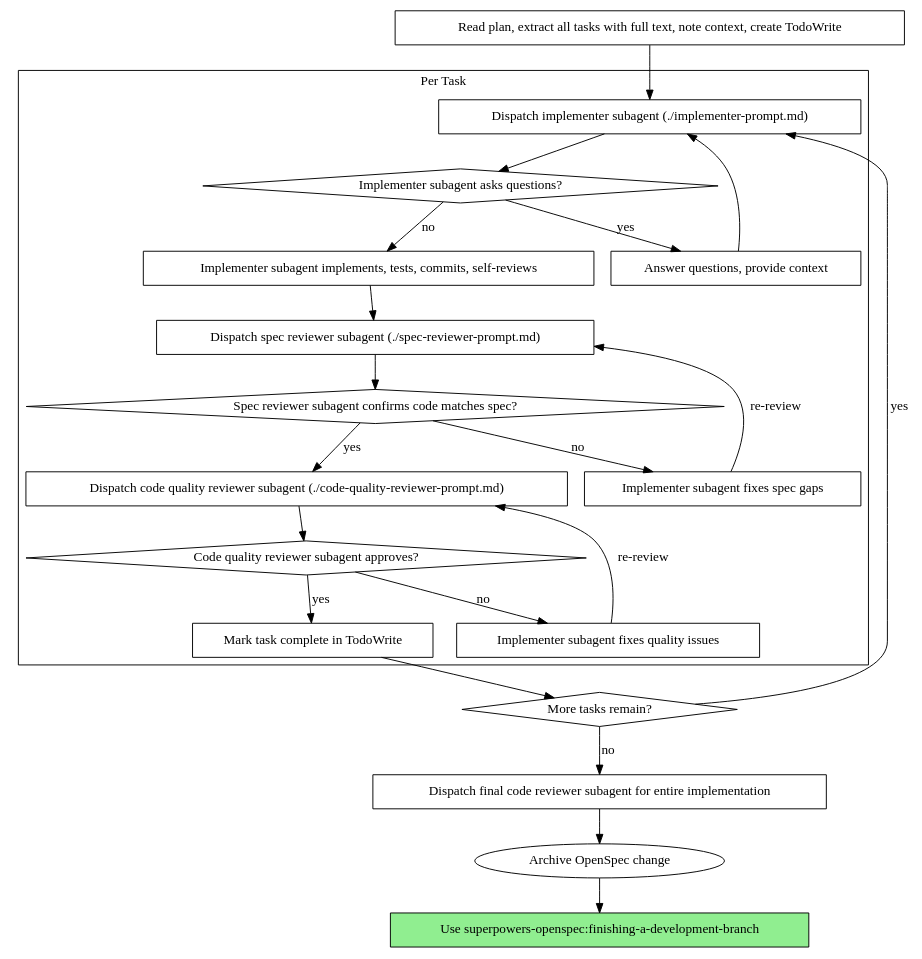
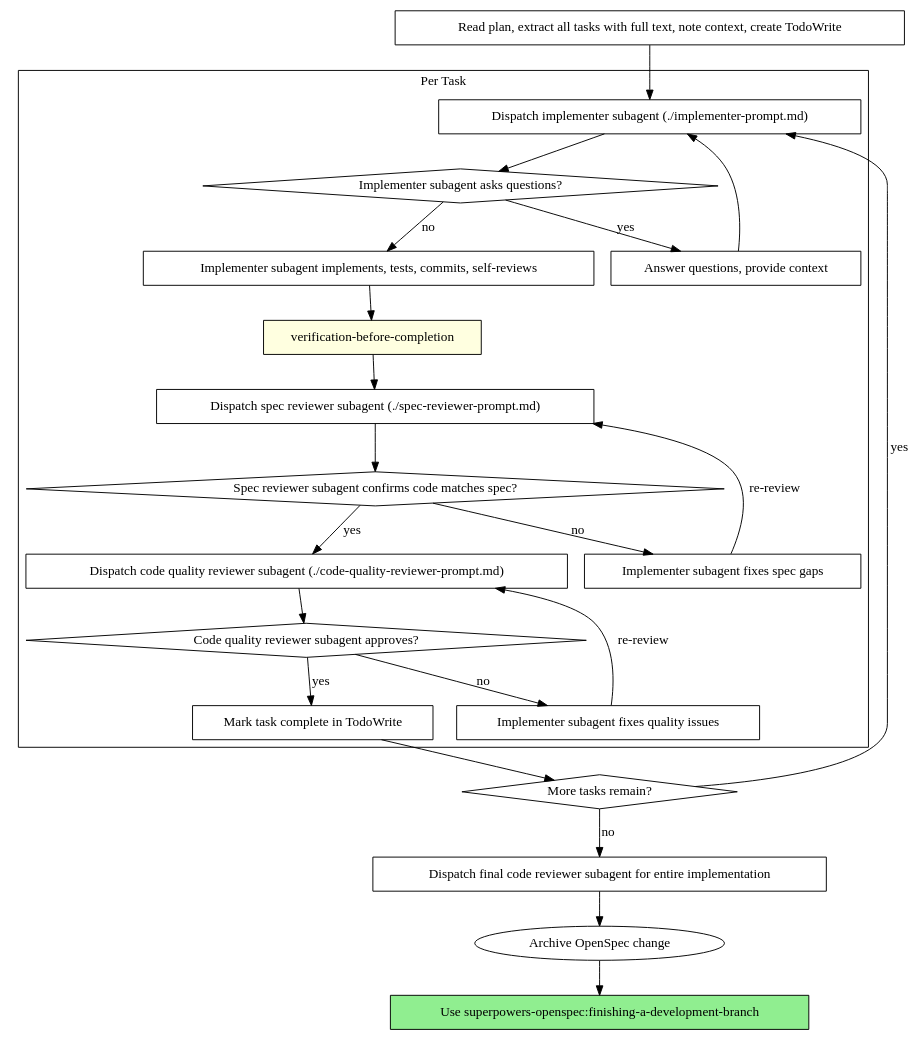
The second of 2 diagrams in skills/subagent-driven-development/SKILL.md (seanlin007/superpowers-openspec), drawn with Graphviz before and after one commit. The commit also changed 3 other files, not shown here.

First line of the commit message:
fix: resolve flow inconsistencies found in re-analysis

````diff
--- a/skills/subagent-driven-development/SKILL.md
+++ b/skills/subagent-driven-development/SKILL.md
@@ -42,45 +42,47 @@
 ```dot
 digraph process {
     rankdir=TB;
 
     subgraph cluster_per_task {
         label="Per Task";
         "Dispatch implementer subagent (./implementer-prompt.md)" [shape=box];
         "Implementer subagent asks questions?" [shape=diamond];
         "Answer questions, provide context" [shape=box];
         "Implementer subagent implements, tests, commits, self-reviews" [shape=box];
+        "verification-before-completion" [shape=box style=filled fillcolor=lightyellow];
         "Dispatch spec reviewer subagent (./spec-reviewer-prompt.md)" [shape=box];
         "Spec reviewer subagent confirms code matches spec?" [shape=diamond];
         "Implementer subagent fixes spec gaps" [shape=box];
         "Dispatch code quality reviewer subagent (./code-quality-reviewer-prompt.md)" [shape=box];
         "Code quality reviewer subagent approves?" [shape=diamond];
         "Implementer subagent fixes quality issues" [shape=box];
         "Mark task complete in TodoWrite" [shape=box];
     }
 
     "Read plan, extract all tasks with full text, note context, create TodoWrite" [shape=box];
     "More tasks remain?" [shape=diamond];
     "Dispatch final code reviewer subagent for entire implementation" [shape=box];
     "Use superpowers-openspec:finishing-a-development-branch" [shape=box style=filled fillcolor=lightgreen];
 
     "Read plan, extract all tasks with full text, note context, create TodoWrite" -> "Dispatch implementer subagent (./implementer-prompt.md)";
     "Dispatch implementer subagent (./implementer-prompt.md)" -> "Implementer subagent asks questions?";
     "Implementer subagent asks questions?" -> "Answer questions, provide context" [label="yes"];
     "Answer questions, provide context" -> "Dispatch implementer subagent (./implementer-prompt.md)";
     "Implementer subagent asks questions?" -> "Implementer subagent implements, tests, commits, self-reviews" [label="no"];
-    "Implementer subagent implements, tests, commits, self-reviews" -> "Dispatch spec reviewer subagent (./spec-reviewer-prompt.md)";
+    "Implementer subagent implements, tests, commits, self-reviews" -> "verification-before-completion";
+    "verification-before-completion" -> "Dispatch spec reviewer subagent (./spec-reviewer-prompt.md)";
     "Dispatch spec reviewer subagent (./spec-reviewer-prompt.md)" -> "Spec reviewer subagent confirms code matches spec?";
     "Spec reviewer subagent confirms code matches spec?" -> "Implementer subagent fixes spec gaps" [label="no"];
     "Implementer subagent fixes spec gaps" -> "Dispatch spec reviewer subagent (./spec-reviewer-prompt.md)" [label="re-review"];
     "Spec reviewer subagent confirms code matches spec?" -> "Dispatch code quality reviewer subagent (./code-quality-reviewer-prompt.md)" [label="yes"];
     "Dispatch code quality reviewer subagent (./code-quality-reviewer-prompt.md)" -> "Code quality reviewer subagent approves?";
     "Code quality reviewer subagent approves?" -> "Implementer subagent fixes quality issues" [label="no"];
     "Implementer subagent fixes quality issues" -> "Dispatch code quality reviewer subagent (./code-quality-reviewer-prompt.md)" [label="re-review"];
     "Code quality reviewer subagent approves?" -> "Mark task complete in TodoWrite" [label="yes"];
     "Mark task complete in TodoWrite" -> "More tasks remain?";
     "More tasks remain?" -> "Dispatch implementer subagent (./implementer-prompt.md)" [label="yes"];
     "More tasks remain?" -> "Dispatch final code reviewer subagent for entire implementation" [label="no"];
     "Dispatch final code reviewer subagent for entire implementation" -> "Archive OpenSpec change";
     "Archive OpenSpec change" -> "Use superpowers-openspec:finishing-a-development-branch";
 }
 ```
````
